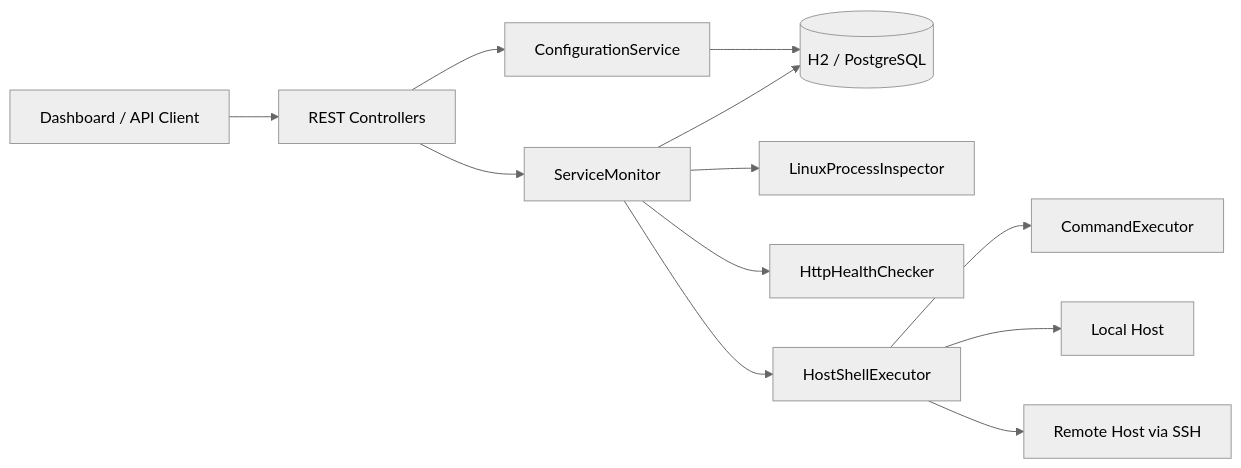
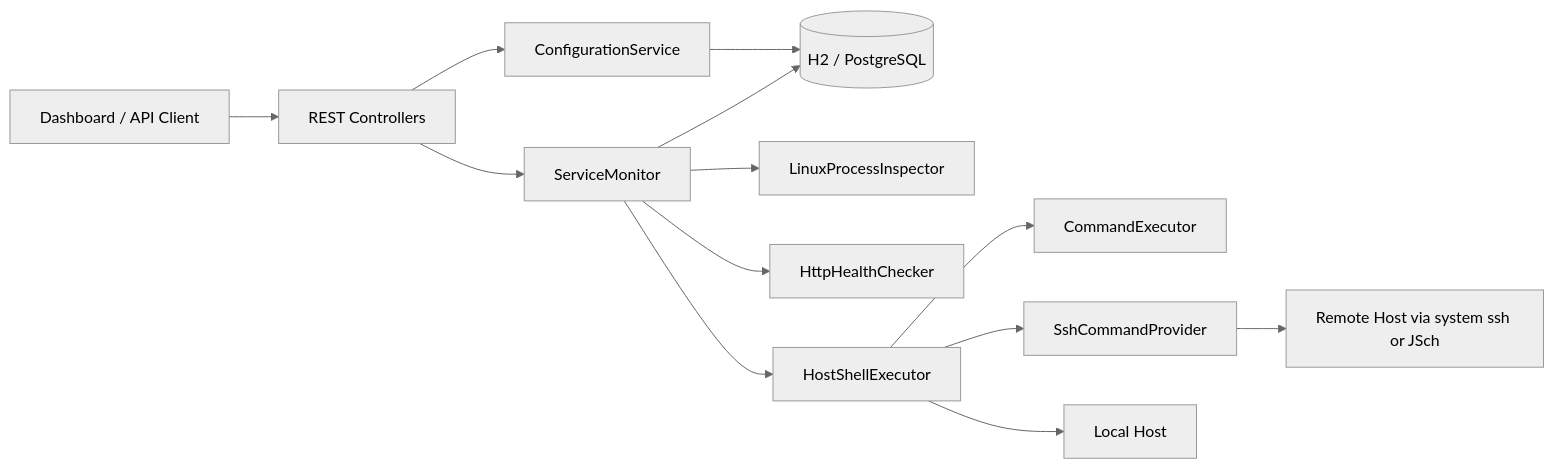
The first of 2 diagrams in README.md (Keos99/host-guardian), drawn with Mermaid (neutral theme) before and after one commit. The commit also changed other lines of this file and 12 other files, not shown here.

````diff
--- a/README.md
+++ b/README.md
@@ -77,16 +81,17 @@
 ```mermaid
 flowchart LR
     UI["Dashboard / API Client"] --> REST["REST Controllers"]
     REST --> CFG["ConfigurationService"]
     REST --> MON["ServiceMonitor"]
 
     CFG --> DB[(H2 / PostgreSQL)]
     MON --> DB
     MON --> PROC["LinuxProcessInspector"]
     MON --> HTTP["HttpHealthChecker"]
     MON --> SHELL["HostShellExecutor"]
     SHELL --> CMD["CommandExecutor"]
+    SHELL --> SSH["SshCommandProvider"]
 
     SHELL --> HOST1["Local Host"]
-    SHELL --> HOST2["Remote Host via SSH"]
+    SSH --> HOST2["Remote Host via system ssh or JSch"]
 ```
````
